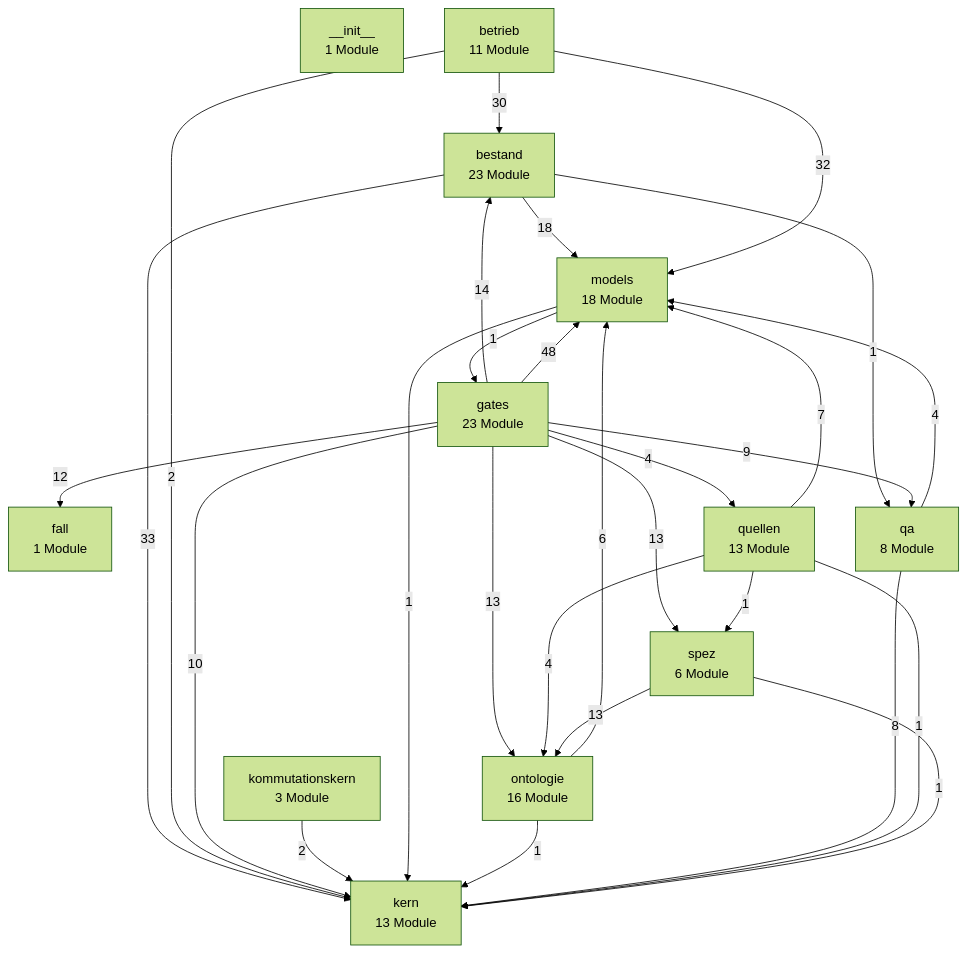
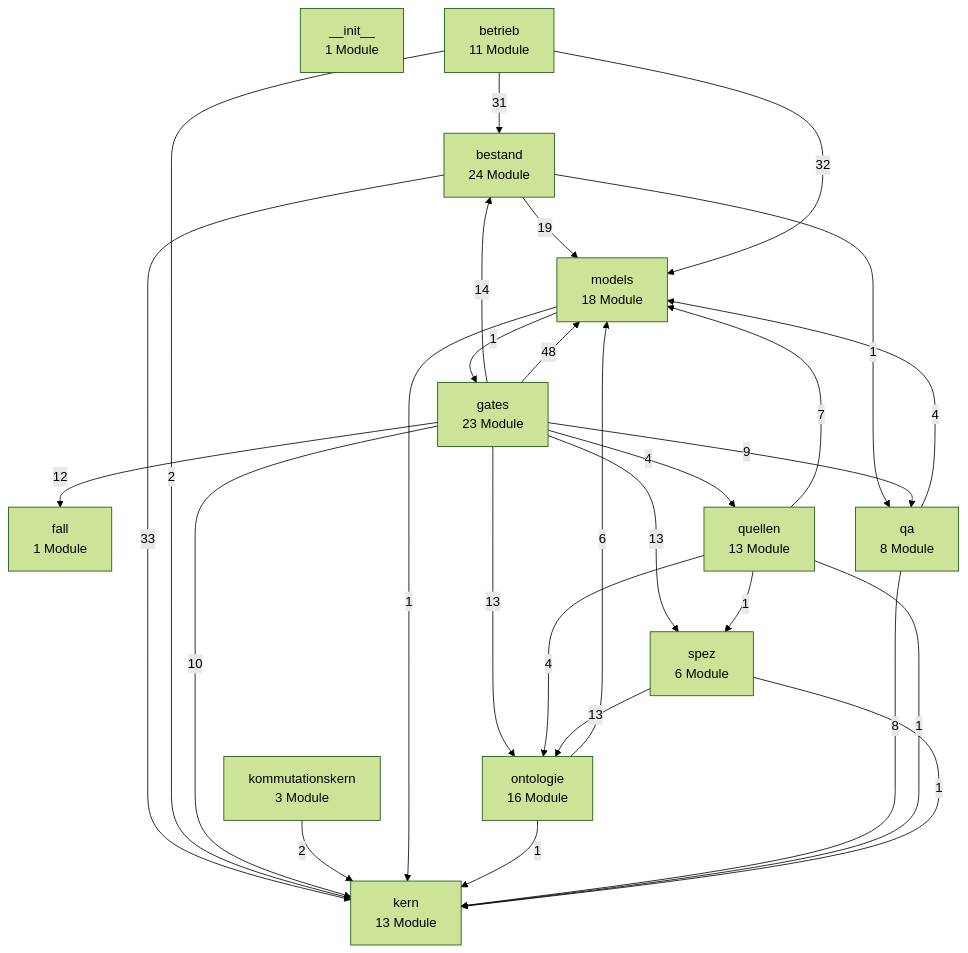
The first of 3 diagrams in docs/architektur/landkarte.md (bartlmac/rechner-pipeline), drawn with Mermaid (forest theme) before and after one commit. The commit also changed other lines of this file and 7 other files, not shown here.

````diff
--- a/docs/architektur/landkarte.md
+++ b/docs/architektur/landkarte.md
@@ -27,43 +27,43 @@
 ```mermaid
 %% Schichten — erzeugt von ontologie.landkarte
 flowchart TD
     n__init__["__init__<br/>1 Module"]
-    bestand["bestand<br/>23 Module"]
+    bestand["bestand<br/>24 Module"]
     betrieb["betrieb<br/>11 Module"]
     fall["fall<br/>1 Module"]
     gates["gates<br/>23 Module"]
     kern["kern<br/>13 Module"]
     kommutationskern["kommutationskern<br/>3 Module"]
     models["models<br/>18 Module"]
     ontologie["ontologie<br/>16 Module"]
     qa["qa<br/>8 Module"]
     quellen["quellen<br/>13 Module"]
     spez["spez<br/>6 Module"]
     bestand -- 33 --> kern
-    bestand -- 18 --> models
+    bestand -- 19 --> models
     bestand -- 1 --> qa
-    betrieb -- 30 --> bestand
+    betrieb -- 31 --> bestand
     betrieb -- 2 --> kern
     betrieb -- 32 --> models
     gates -- 14 --> bestand
     gates -- 12 --> fall
     gates -- 10 --> kern
     gates -- 48 --> models
     gates -- 13 --> ontologie
     gates -- 9 --> qa
     gates -- 4 --> quellen
     gates -- 13 --> spez
     kommutationskern -- 2 --> kern
     models -- 1 --> gates
     models -- 1 --> kern
     ontologie -- 1 --> kern
     ontologie -- 6 --> models
     qa -- 8 --> kern
     qa -- 4 --> models
     quellen -- 1 --> kern
     quellen -- 7 --> models
     quellen -- 4 --> ontologie
     quellen -- 1 --> spez
     spez -- 1 --> kern
     spez -- 13 --> ontologie
 ```
````
